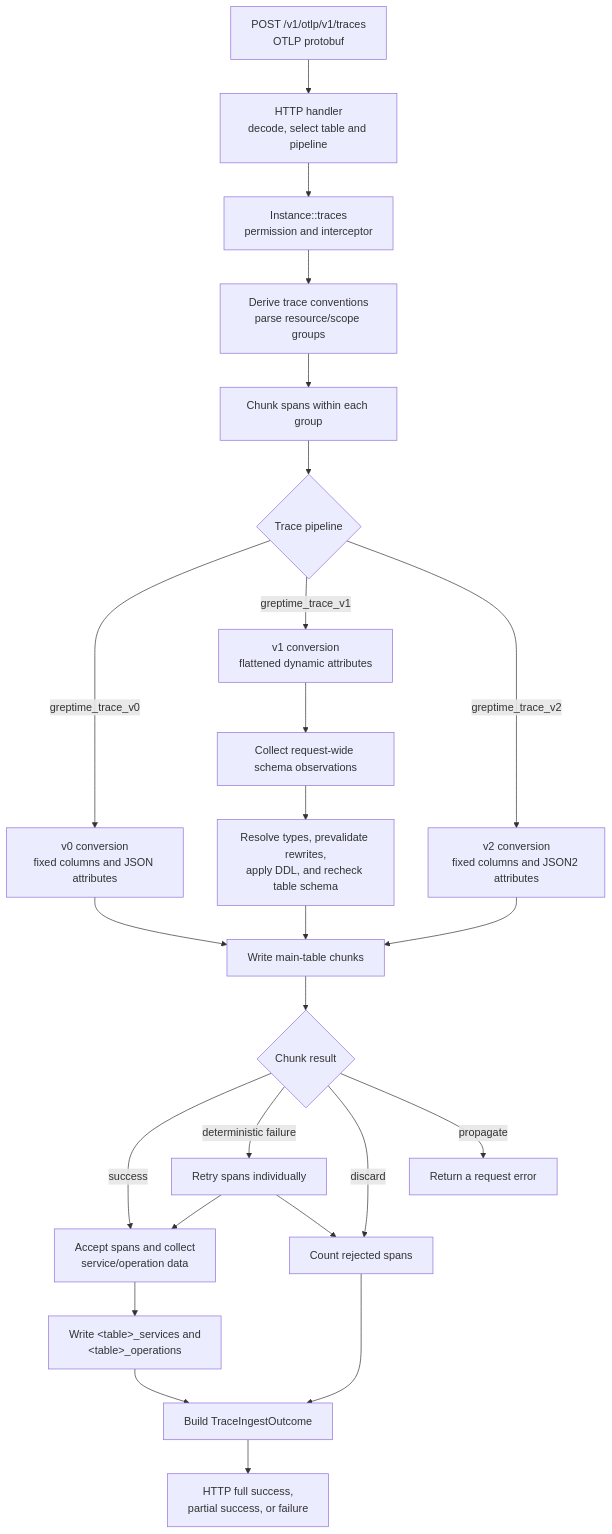
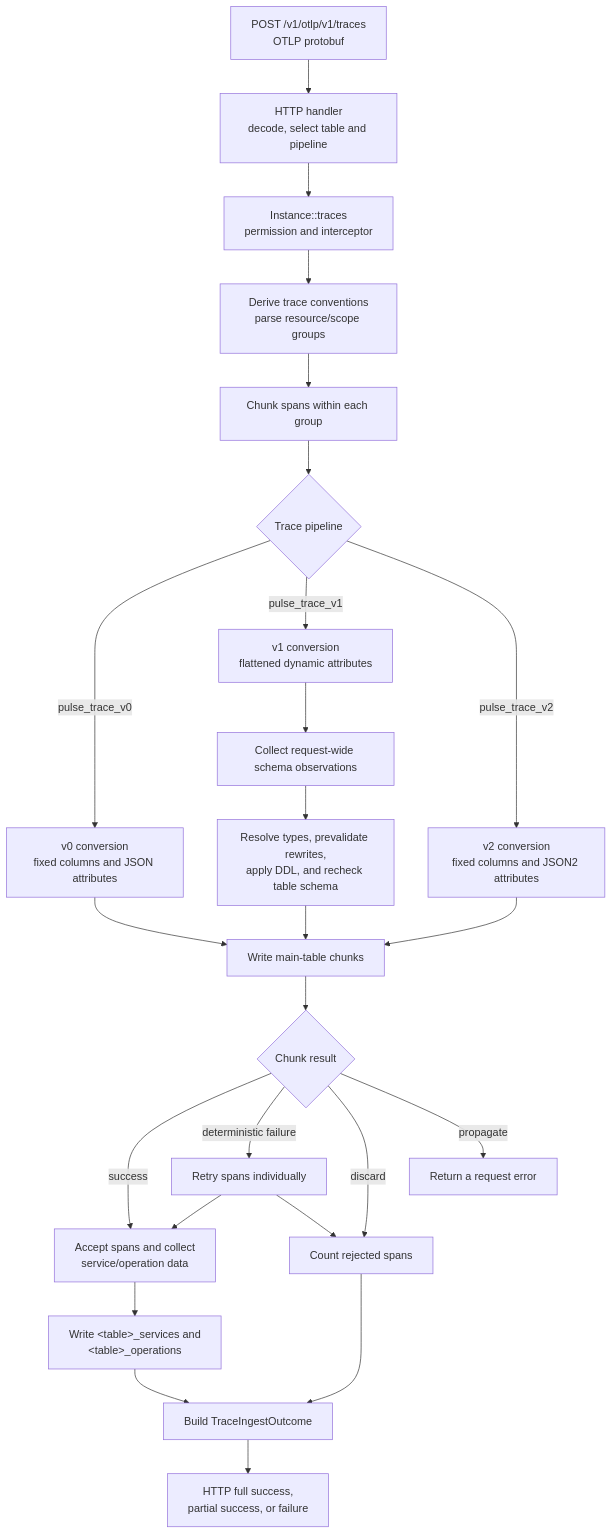
Before and after one commit to tuist/tuist: the diagram in pulse/src/frontend/src/instance/otlp/README.md, drawn with Mermaid. The commit also changed other lines of this file and 856 other files, not shown here.

Commit message:
refactor(pulse): rename GreptimeDB internals to Pulse (#15717)

````diff
--- a/pulse/src/frontend/src/instance/otlp/README.md
+++ b/pulse/src/frontend/src/instance/otlp/README.md
@@ -17,30 +17,30 @@
 ```mermaid
 flowchart TD
     A["POST /v1/otlp/v1/traces<br/>OTLP protobuf"] --> B["HTTP handler<br/>decode, select table and pipeline"]
     B --> C["Instance::traces<br/>permission and interceptor"]
     C --> D["Derive trace conventions<br/>parse resource/scope groups"]
     D --> E["Chunk spans within each group"]
     E --> F{"Trace pipeline"}
 
-    F -->|greptime_trace_v0| G["v0 conversion<br/>fixed columns and JSON attributes"]
-    F -->|greptime_trace_v1| H["v1 conversion<br/>flattened dynamic attributes"]
-    F -->|greptime_trace_v2| T["v2 conversion<br/>fixed columns and JSON2 attributes"]
+    F -->|pulse_trace_v0| G["v0 conversion<br/>fixed columns and JSON attributes"]
+    F -->|pulse_trace_v1| H["v1 conversion<br/>flattened dynamic attributes"]
+    F -->|pulse_trace_v2| T["v2 conversion<br/>fixed columns and JSON2 attributes"]
     H --> I["Collect request-wide schema observations"]
     I --> J["Resolve types, prevalidate rewrites,<br/>apply DDL, and recheck table schema"]
 
     G --> K["Write main-table chunks"]
     T --> K
     J --> K
     K --> L{"Chunk result"}
     L -->|success| M["Accept spans and collect<br/>service/operation data"]
     L -->|deterministic failure| N["Retry spans individually"]
     L -->|discard| O["Count rejected spans"]
     L -->|propagate| P["Return a request error"]
     N --> M
     N --> O
 
     M --> Q["Write &lt;table&gt;_services and<br/>&lt;table&gt;_operations"]
     O --> R["Build TraceIngestOutcome"]
     Q --> R
     R --> S["HTTP full success,<br/>partial success, or failure"]
 ```
````
